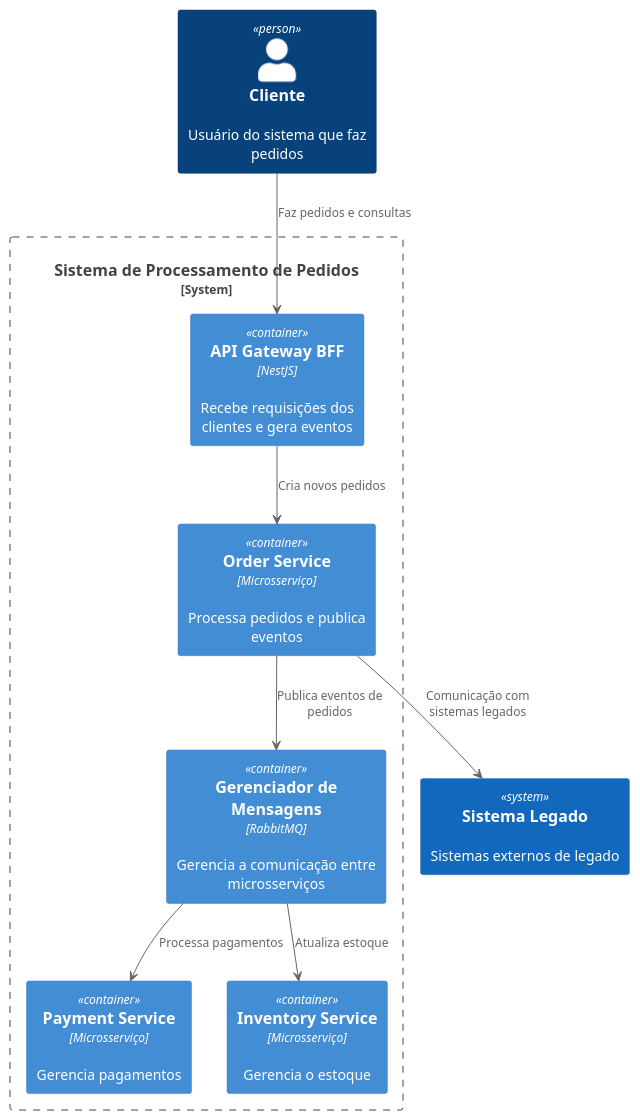
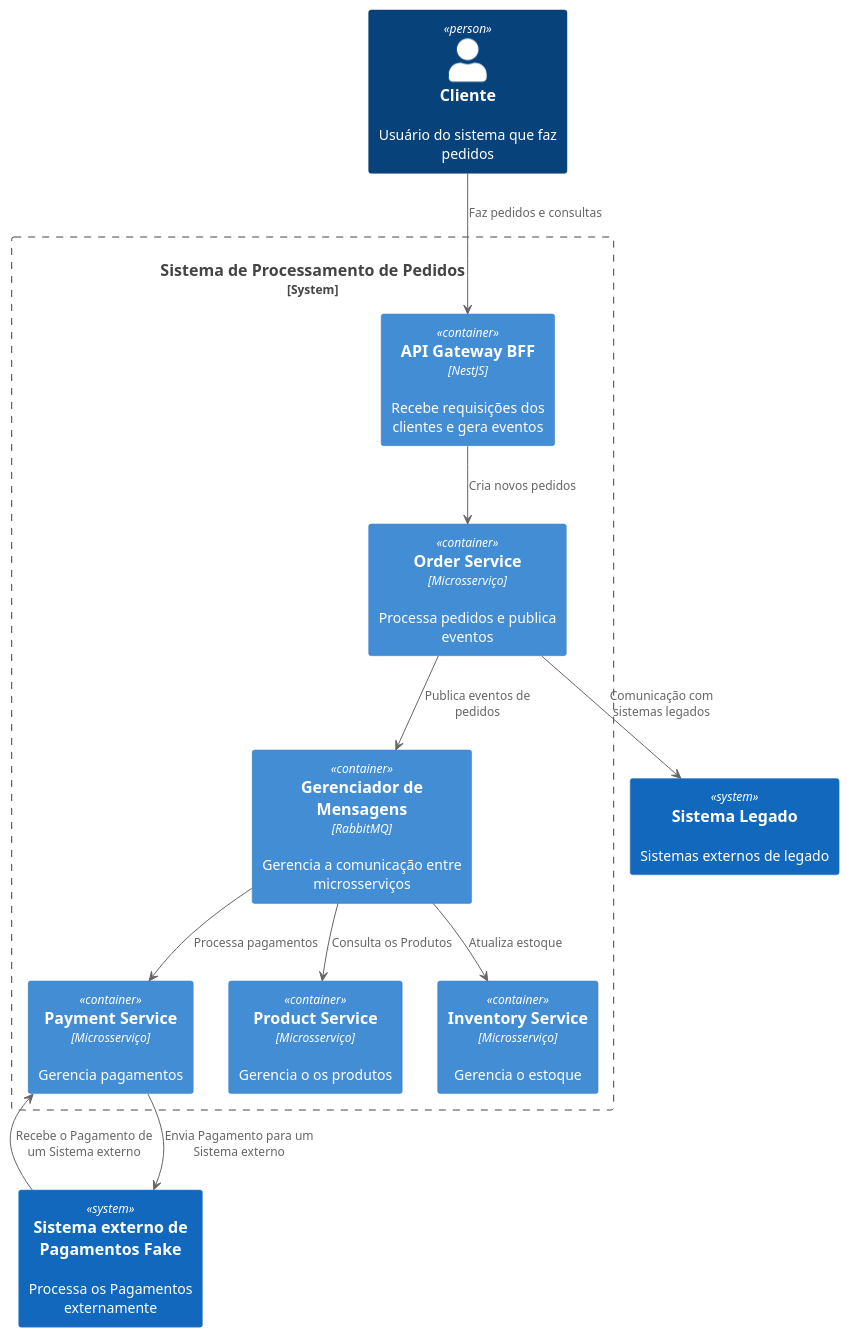
The diagram in n1-context.plantuml (jnerydesigner/Bemol), drawn with PlantUML before and after one commit. The commit also changed 58 other files, not shown here.

```diff
--- a/n1-context.plantuml
+++ b/n1-context.plantuml
@@ -1,24 +1,29 @@
 @startuml Context
 !include https://raw.githubusercontent.com/plantuml-stdlib/C4-PlantUML/master/C4_Container.puml
 
 Person(cliente, "Cliente", "Usuário do sistema que faz pedidos")
 
 System(legacySystem, "Sistema Legado", "Sistemas externos de legado")
+System(paymentGateway, "Sistema externo de Pagamentos Fake", "Processa os Pagamentos externamente")
 
 System_Boundary(spp_boundary, "Sistema de Processamento de Pedidos") {
   Container(apiGateway, "API Gateway BFF", "NestJS", "Recebe requisições dos clientes e gera eventos")
   Container(orderService, "Order Service", "Microsserviço", "Processa pedidos e publica eventos")
   Container(messageBroker, "Gerenciador de Mensagens", "RabbitMQ", "Gerencia a comunicação entre microsserviços")
   Container(paymentService, "Payment Service", "Microsserviço", "Gerencia pagamentos")
+  Container(productService, "Product Service", "Microsserviço", "Gerencia o os produtos")
   Container(inventoryService, "Inventory Service", "Microsserviço", "Gerencia o estoque")
 }
 
 cliente --> apiGateway : "Faz pedidos e consultas"
 apiGateway --> orderService : "Cria novos pedidos"
 orderService --> messageBroker : "Publica eventos de pedidos"
 messageBroker --> paymentService : "Processa pagamentos"
 messageBroker --> inventoryService : "Atualiza estoque"
 orderService --> legacySystem : "Comunicação com sistemas legados"
+messageBroker --> productService: "Consulta os Produtos"
+paymentService --> paymentGateway: "Envia Pagamento para um Sistema externo"
+paymentGateway --> paymentService: "Recebe o Pagamento de um Sistema externo"
 
 
 @enduml
```
